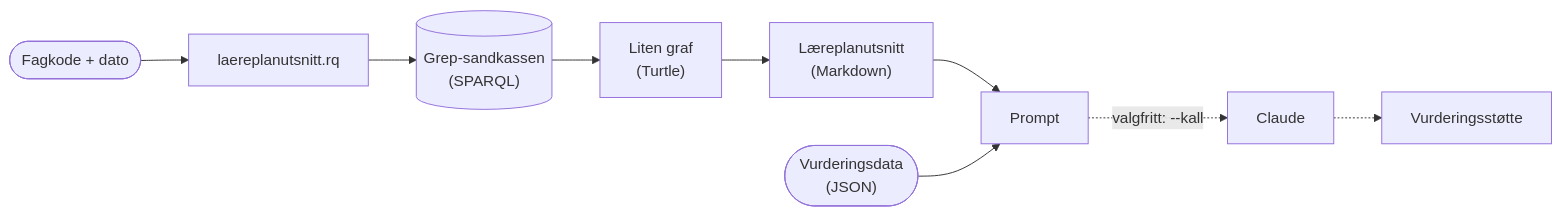
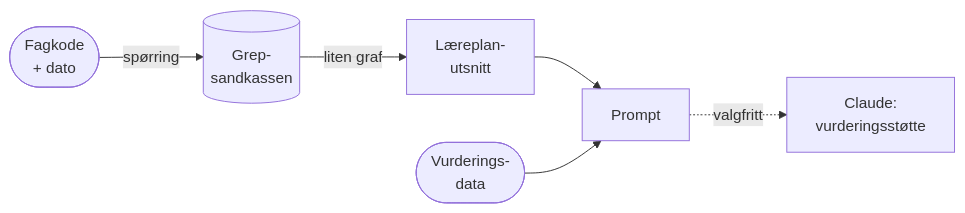
One commit to aremjolsnes/laereplan-prompt changed the diagram in README.md. Above: the diagram before and after it, drawn with Mermaid.

Commit message:
README: enklere flytdiagram

````diff
--- a/README.md
+++ b/README.md
@@ -21,11 +21,8 @@
 ```mermaid
 flowchart LR
-  inn(["Fagkode + dato"]) --> rq["laereplanutsnitt.rq"]
-  rq --> sk[("Grep-sandkassen<br/>(SPARQL)")]
-  sk --> graf["Liten graf<br/>(Turtle)"]
-  graf --> md["Læreplanutsnitt<br/>(Markdown)"]
-  md --> prompt["Prompt"]
-  vurd(["Vurderingsdata<br/>(JSON)"]) --> prompt
-  prompt -. "valgfritt: --kall" .-> claude["Claude"]
-  claude -.-> svar["Vurderingsstøtte"]
+  inn(["Fagkode<br/>+ dato"]) -- "spørring" --> sk[("Grep-<br/>sandkassen")]
+  sk -- "liten graf" --> utsnitt["Læreplan-<br/>utsnitt"]
+  utsnitt --> prompt["Prompt"]
+  vurd(["Vurderings-<br/>data"]) --> prompt
+  prompt -. "valgfritt" .-> svar["Claude:<br/>vurderingsstøtte"]
 ```
````
